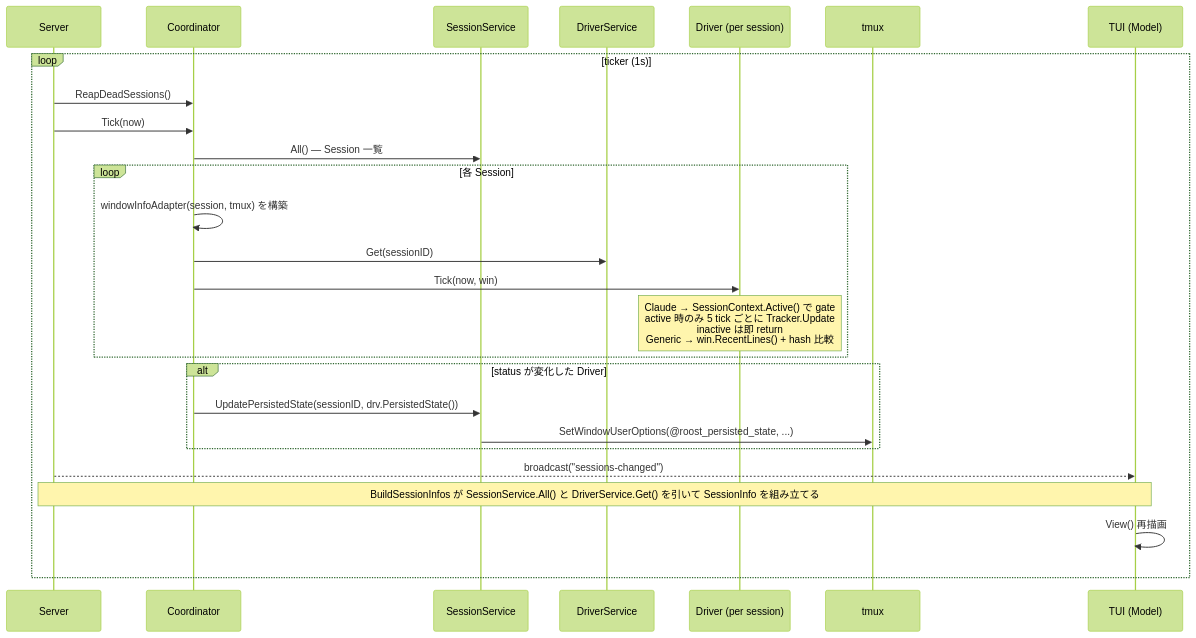
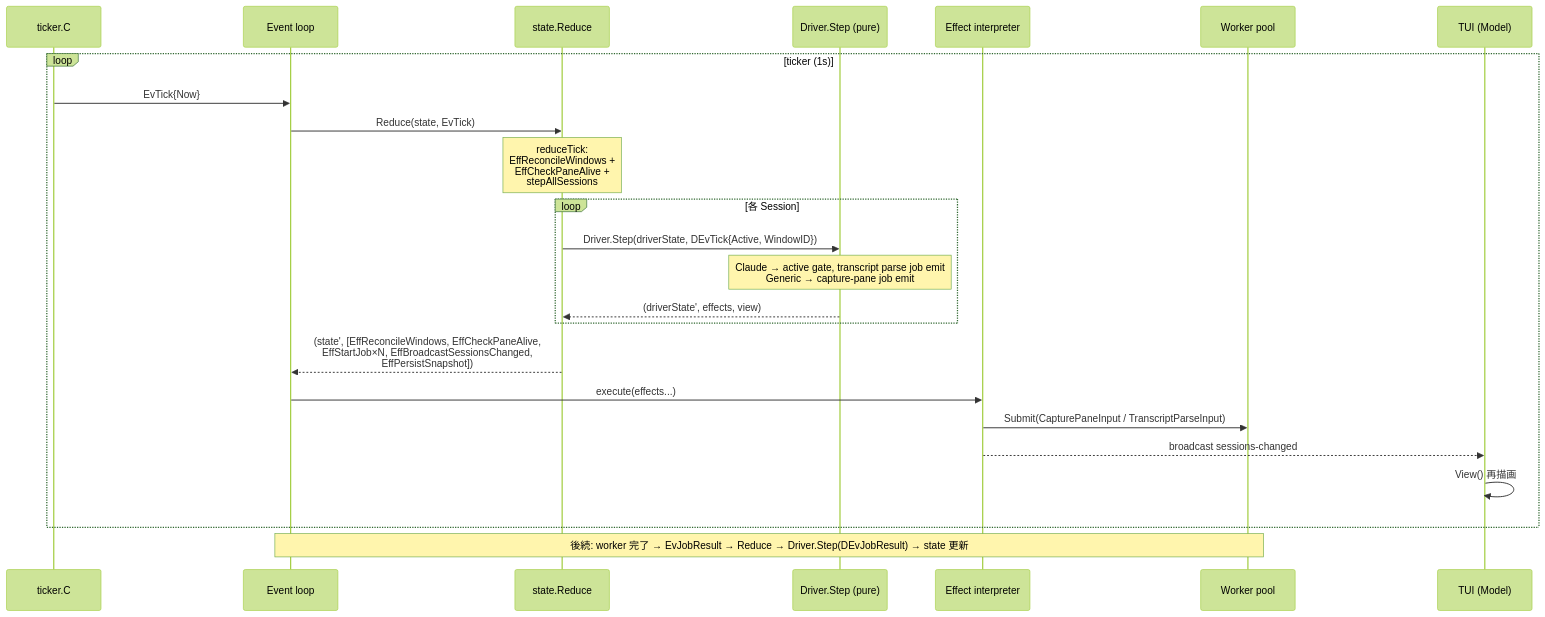
The ninth of 12 diagrams in ARCHITECTURE.md (takezoh/agent-roost), drawn with Mermaid (forest theme) before and after one commit. The commit also changed other lines of this file, not shown here.

First line of the commit message:
Rewrite ARCHITECTURE.md for FCIS architecture

````diff
--- a/ARCHITECTURE.md
+++ b/ARCHITECTURE.md
@@ -729,29 +709,29 @@
 ```mermaid
 sequenceDiagram
-    participant S as Server
-    participant Coord as Coordinator
-    participant SessSvc as SessionService
-    participant DrvSvc as DriverService
-    participant D as Driver (per session)
-    participant T as tmux
+    participant Tk as ticker.C
+    participant EL as Event loop
+    participant Red as state.Reduce
+    participant Drv as Driver.Step (pure)
+    participant Interp as Effect interpreter
+    participant Pool as Worker pool
     participant M as TUI (Model)
 
     loop ticker (1s)
-        S->>Coord: ReapDeadSessions()
-        S->>Coord: Tick(now)
-        Coord->>SessSvc: All() — Session 一覧
+        Tk->>EL: EvTick{Now}
+        EL->>Red: Reduce(state, EvTick)
+        Note over Red: reduceTick:<br/>EffReconcileWindows +<br/>EffCheckPaneAlive +<br/>stepAllSessions
         loop 各 Session
-            Coord->>Coord: windowInfoAdapter(session, tmux) を構築
-            Coord->>DrvSvc: Get(sessionID)
-            Coord->>D: Tick(now, win)
-            Note over D: Claude → SessionContext.Active() で gate<br/>active 時のみ 5 tick ごとに Tracker.Update<br/>inactive は即 return<br/>Generic → win.RecentLines() + hash 比較
+            Red->>Drv: Driver.Step(driverState, DEvTick{Active, WindowID})
+            Note over Drv: Claude → active gate, transcript parse job emit<br/>Generic → capture-pane job emit
+            Drv-->>Red: (driverState', effects, view)
         end
-        alt status が変化した Driver
-            Coord->>SessSvc: UpdatePersistedState(sessionID, drv.PersistedState())
-            SessSvc->>T: SetWindowUserOptions(@roost_persisted_state, ...)
-        end
-        S-->>M: broadcast("sessions-changed")
-        Note over S,M: BuildSessionInfos が SessionService.All() と DriverService.Get() を引いて SessionInfo を組み立てる
+        Red-->>EL: (state', [EffReconcileWindows, EffCheckPaneAlive,<br/>EffStartJob×N, EffBroadcastSessionsChanged,<br/>EffPersistSnapshot])
+
+        EL->>Interp: execute(effects...)
+        Interp->>Pool: Submit(CapturePaneInput / TranscriptParseInput)
+        Interp-->>M: broadcast sessions-changed
         M->>M: View() 再描画
     end
+
+    Note over Pool,EL: 後続: worker 完了 → EvJobResult → Reduce → Driver.Step(DEvJobResult) → state 更新
 ```
````
